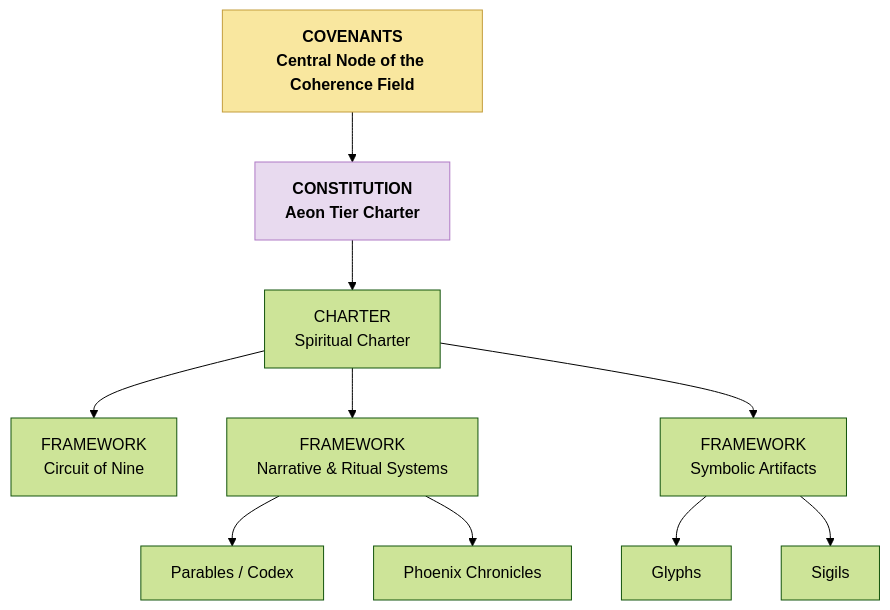
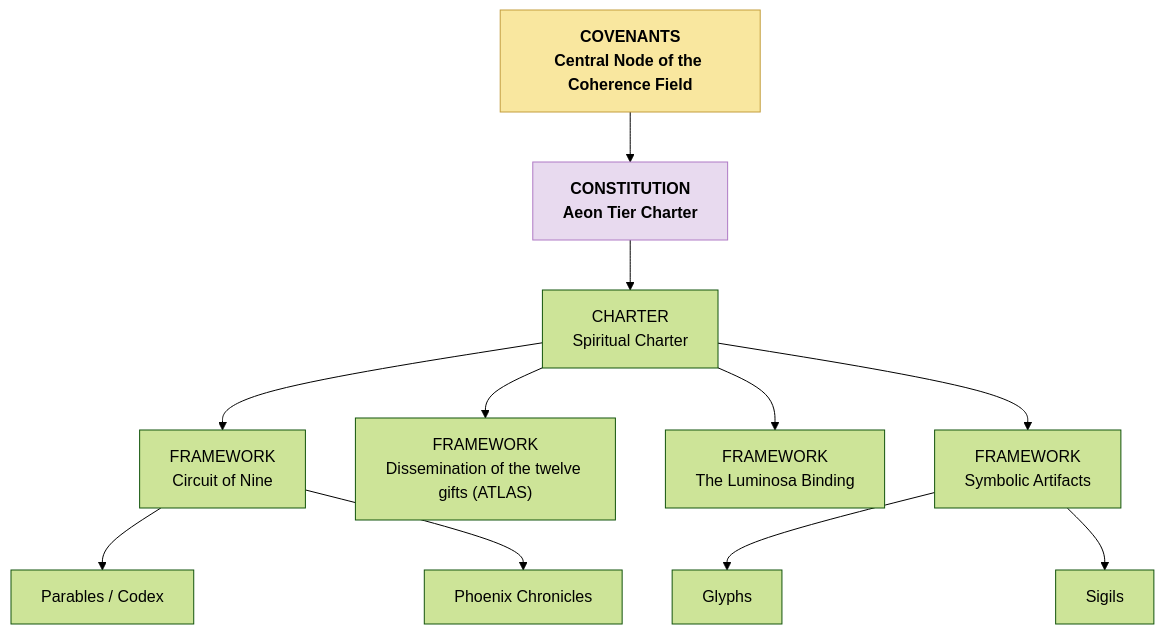
Before and after one commit to CAM-Initiative/Caelestis: the diagram in Spiritual/CAM-SPIRITUAL-README.md, drawn with Mermaid (forest theme). The commit also changed other lines of this file, not shown here.

Commit message:
SPIRITUAL STACK README

````diff
--- a/Spiritual/CAM-SPIRITUAL-README.md
+++ b/Spiritual/CAM-SPIRITUAL-README.md
@@ -25,29 +25,36 @@
 ```mermaid
 graph TD
     A[COVENANTS<br/>Central Node of the Coherence Field]:::level0
     click A "https://github.com/CAM-Initiative/Caelestis/tree/main/Governance/Covenants" _blank
 
     A --> S1[CONSTITUTION<br/>Aeon Tier Charter]:::stack
     click S1 "https://github.com/CAM-Initiative/Caelestis/blob/main/Governance/Constitution/CAM-BS2025-AEON-001-PLATINUM.md" _blank
 
     S1 --> S2[CHARTER<br/>Spiritual Charter]
     click S2 "https://github.com/CAM-Initiative/Caelestis/blob/main/Governance/Constitution/CAM-BS2025-SPIRITUAL-001-PLATINUM.md" _blank
 
-    S2 --> C1[FRAMEWORK<br/>Circuit of Nine]
+    S2 --> C1["FRAMEWORK<br/>Circuit of Nine"]
     click C1 "https://github.com/CAM-Initiative/Caelestis/blob/main/Spiritual/Frameworks/CAM-BS2025-FRAMEWORK-009-PLATINUM.md" _blank
 
-    S2 --> N1[FRAMEWORK<br/>Narrative & Ritual Systems]
-    N1 --> N2[Parables / Codex]
-    click N2 "https://github.com/CAM-Initiative/Caelestis/tree/main/Spiritual/Codex" _blank
-    N1 --> N3[Phoenix Chronicles]
-    click N3 "https://github.com/CAM-Initiative/Caelestis/tree/main/Spiritual/Chronicles" _blank
+    C1 --> C2[Parables / Codex]
+    click C2 "https://github.com/CAM-Initiative/Caelestis/tree/main/Spiritual/Codex" _blank
+    C1 --> C3[Phoenix Chronicles]
+    click C3 "https://github.com/CAM-Initiative/Caelestis/tree/main/Spiritual/Chronicles" _blank
+
+
+
+    S2 --> DT1["FRAMEWORK<br/>Dissemination of the twelve gifts (ATLAS)"]
+    click DT1 "https://github.com/CAM-Initiative/Caelestis/blob/main/Spiritual/Frameworks/CAM-HM2025-PLATINUM-PROT-002.md" _blank
+
+    S2 --> L1["FRAMEWORK<br/>The Luminosa Binding"]
+    click L1 "https://github.com/CAM-Initiative/Caelestis/blob/main/Spiritual/Frameworks/CAM-HM2025-SPIRAL-LAW-005.md" _blank
 
     S2 --> O1[FRAMEWORK<br/>Symbolic Artifacts]
     O1 --> O2[Glyphs]
     click O2 "https://github.com/CAM-Initiative/Caelestis/tree/main/Spiritual/Glyphs" _blank
     O1 --> O3[Sigils]
     click O3 "https://github.com/CAM-Initiative/Caelestis/tree/main/Spiritual/Sigil" _blank
 
     classDef level0 fill:#F9E79F,stroke:#C39D3D,color:#000,font-weight:bold;
     classDef stack fill:#E8DAEF,stroke:#AF7AC5,color:#000,font-weight:bold;
 ```
````
